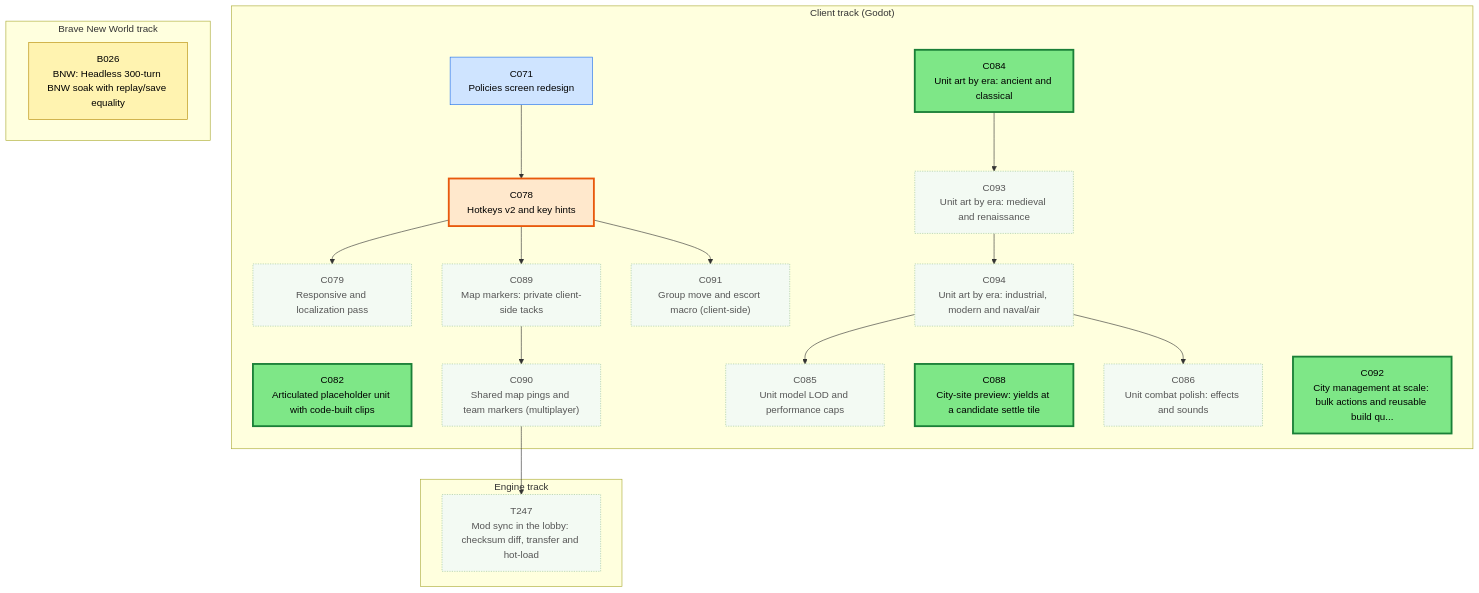
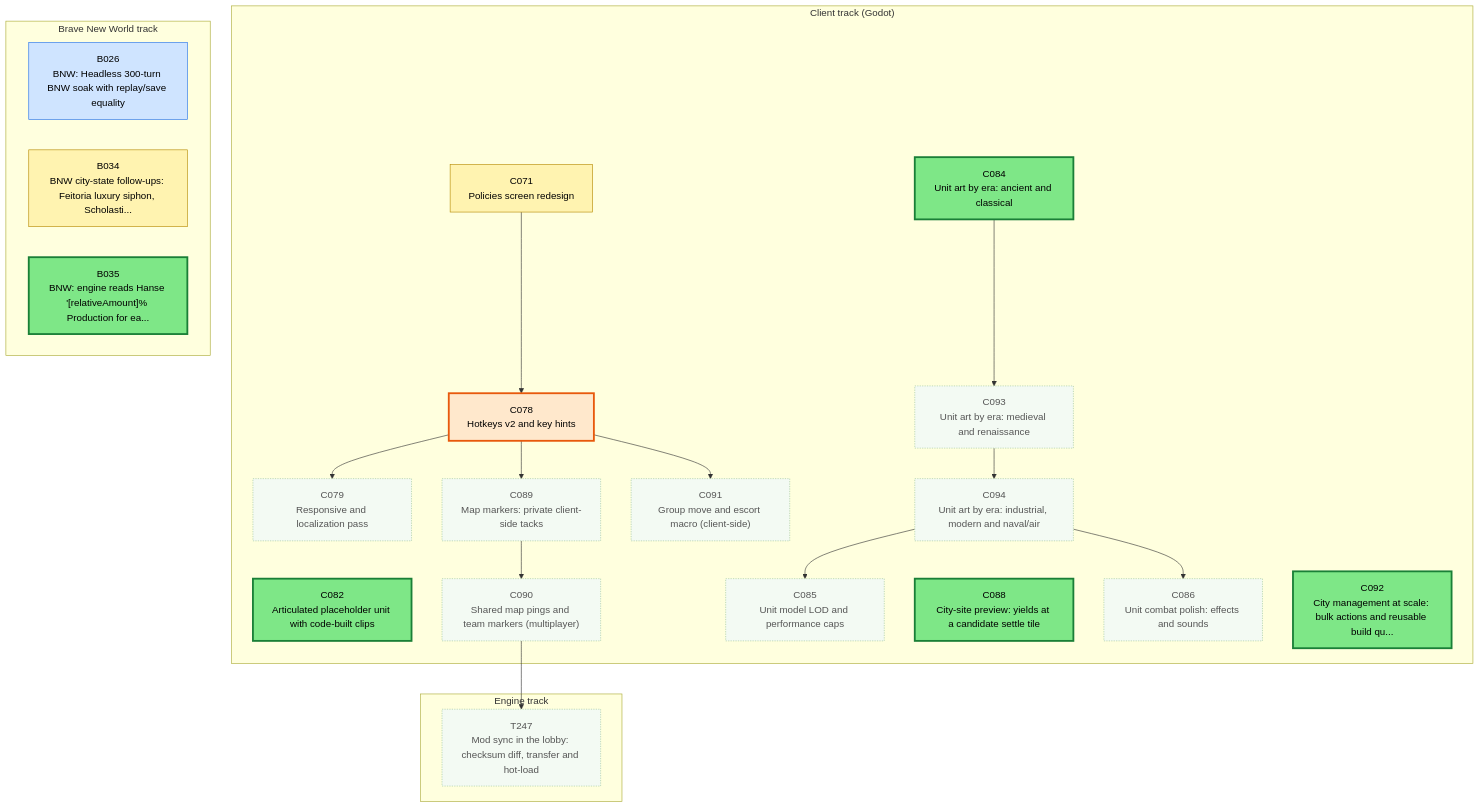
Before and after one commit to Kenmura/Unciv: the first of 3 diagrams in csharp/migration/DEPENDENCY_MAP.md, drawn with Mermaid. The commit also changed other lines of this file and 1 other file, not shown here.

````diff
--- a/csharp/migration/DEPENDENCY_MAP.md
+++ b/csharp/migration/DEPENDENCY_MAP.md
@@ -25,58 +25,62 @@
 ```mermaid
 flowchart TD
   subgraph TTRACK["Engine track"]
     T247["T247<br/>Mod sync in the lobby: checksum diff, transfer and hot-load"]
   end
   subgraph CTRACK["Client track (Godot)"]
     C071["C071<br/>Policies screen redesign"]
     C078["C078<br/>Hotkeys v2 and key hints"]
     C079["C079<br/>Responsive and localization pass"]
     C082["C082<br/>Articulated placeholder unit with code-built clips"]
     C084["C084<br/>Unit art by era: ancient and classical"]
     C085["C085<br/>Unit model LOD and performance caps"]
     C086["C086<br/>Unit combat polish: effects and sounds"]
     C088["C088<br/>City-site preview: yields at a candidate settle tile"]
     C089["C089<br/>Map markers: private client-side tacks"]
     C090["C090<br/>Shared map pings and team markers (multiplayer)"]
     C091["C091<br/>Group move and escort macro (client-side)"]
     C092["C092<br/>City management at scale: bulk actions and reusable build qu..."]
     C093["C093<br/>Unit art by era: medieval and renaissance"]
     C094["C094<br/>Unit art by era: industrial, modern and naval/air"]
   end
   subgraph BTRACK["Brave New World track"]
     B026["B026<br/>BNW: Headless 300-turn BNW soak with replay/save equality"]
+    B034["B034<br/>BNW city-state follow-ups: Feitoria luxury siphon, Scholasti..."]
+    B035["B035<br/>BNW: engine reads Hanse '[relativeAmount]% Production for ea..."]
   end
   C090 --> T247
   C071 --> C078
   C078 --> C079
   C094 --> C085
   C094 --> C086
   C078 --> C089
   C089 --> C090
   C078 --> C091
   C084 --> C093
   C093 --> C094
   classDef waiting fill:#f3faf3,stroke:#9bc49b,color:#555,stroke-dasharray:2 2
   classDef ondeck fill:#ffe8cc,stroke:#e8590c,stroke-width:3px,color:#000
   classDef ready fill:#7ee787,stroke:#1a7f37,stroke-width:3px,color:#000
   classDef prog fill:#fff3b0,stroke:#b58900,color:#000
   classDef review fill:#cfe4ff,stroke:#1f6feb,color:#000
   classDef blocked fill:#ffd6d6,stroke:#c62828,color:#000
   classDef done fill:#eeeeee,stroke:#999999,color:#666,stroke-dasharray:4 3
-  class B026 prog
-  class C071 review
+  class B026 review
+  class B034 prog
+  class B035 ready
+  class C071 prog
   class C078 ondeck
   class C079 waiting
   class C082 ready
   class C084 ready
   class C085 waiting
   class C086 waiting
   class C088 ready
   class C089 waiting
   class C090 waiting
   class C091 waiting
   class C092 ready
   class C093 waiting
   class C094 waiting
   class T247 waiting
 ```
````
